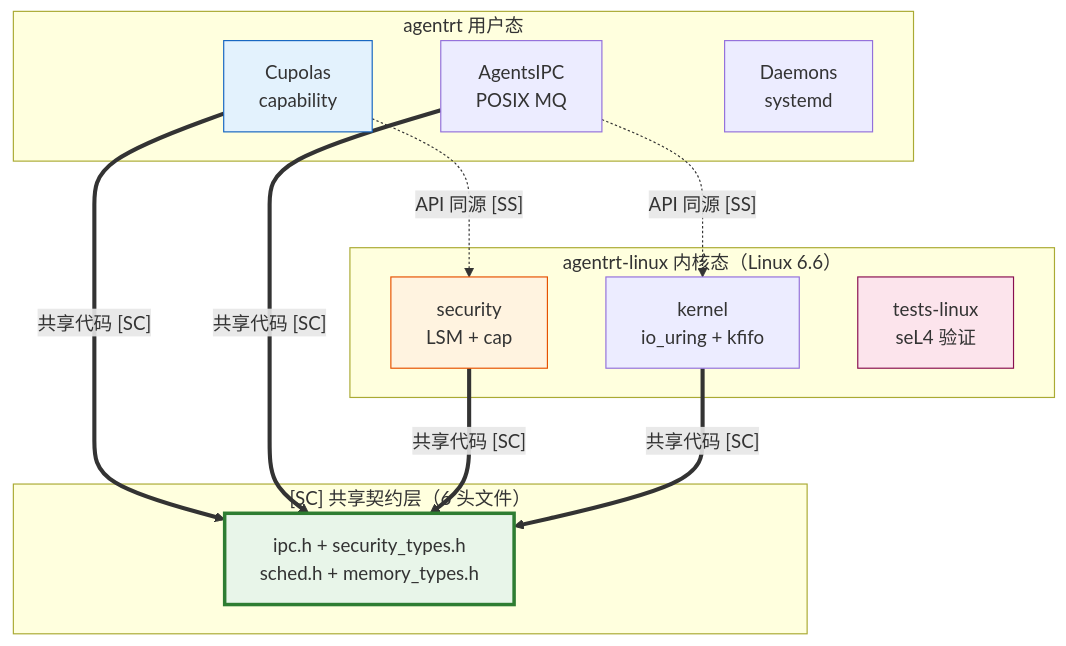
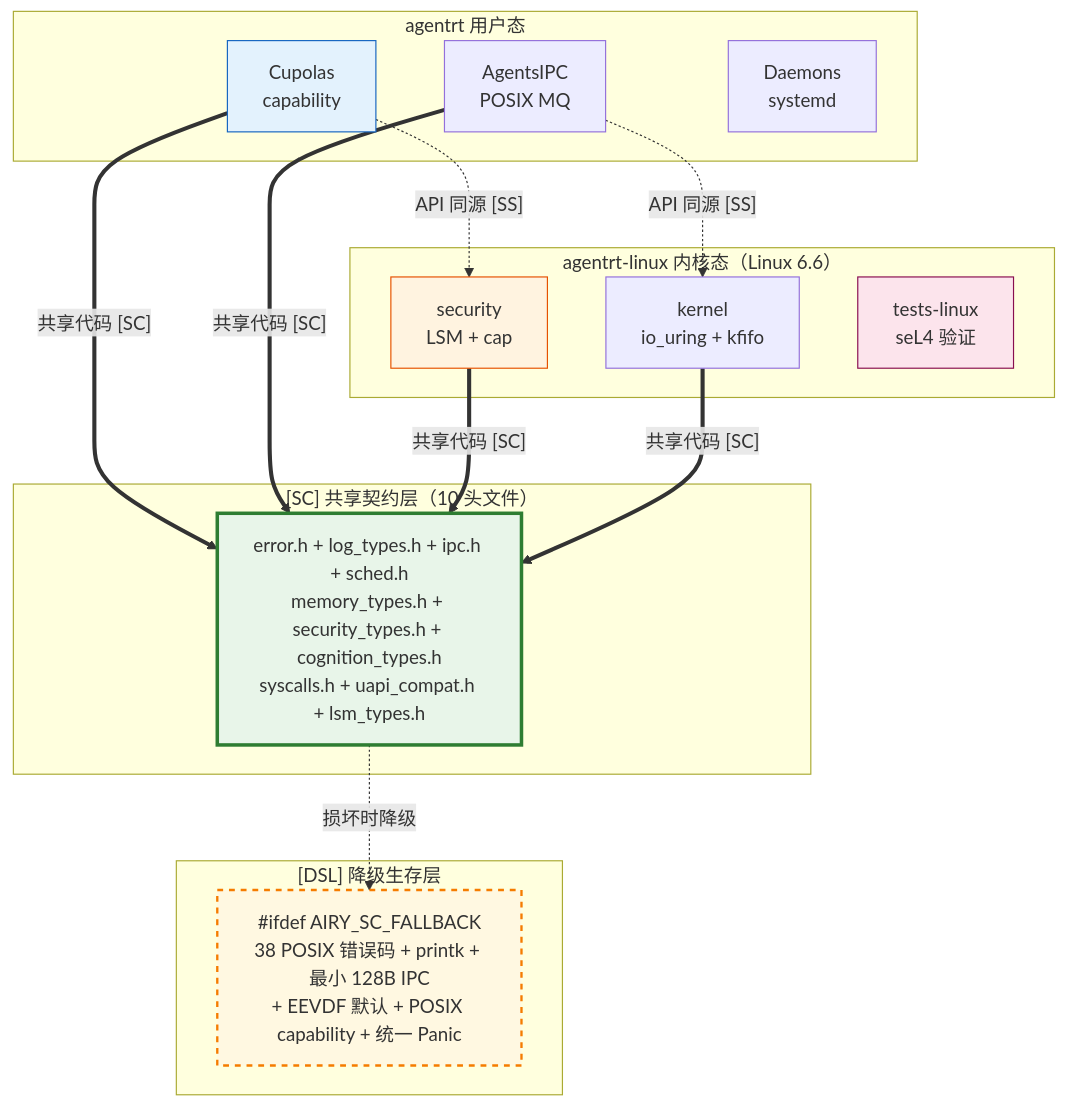
The diagram in AirymaxOS/10-architecture/03-microkernel-strategy.md (openairymax/docs), drawn with Mermaid before and after one commit. The commit also changed other lines of this file and 71 other files, not shown here.

````diff
--- a/AirymaxOS/10-architecture/03-microkernel-strategy.md
+++ b/AirymaxOS/10-architecture/03-microkernel-strategy.md
@@ -629,30 +634,37 @@
 ```mermaid
 graph TB
     subgraph "agentrt 用户态"
         RT_CAP[Cupolas<br/>capability]
         RT_IPC[AgentsIPC<br/>POSIX MQ]
         RT_DAEMON[Daemons<br/>systemd]
     end
 
     subgraph "agentrt-linux 内核态（Linux 6.6）"
         OS_CAP[security<br/>LSM + cap]
         OS_IPC[kernel<br/>io_uring + kfifo]
         OS_FV[tests-linux<br/>seL4 验证]
     end
 
-    subgraph "[SC] 共享契约层（6 头文件）"
-        SC[ipc.h + security_types.h<br/>sched.h + memory_types.h]
+    subgraph "[SC] 共享契约层（10 头文件）"
+        SC[error.h + log_types.h + ipc.h + sched.h<br/>memory_types.h + security_types.h + cognition_types.h<br/>syscalls.h + uapi_compat.h + lsm_types.h]
+    end
+
+    subgraph "[DSL] 降级生存层"
+        DSL["#ifdef AIRY_SC_FALLBACK<br/>38 POSIX 错误码 + printk + 最小 128B IPC<br/>+ EEVDF 默认 + POSIX capability + 统一 Panic"]
     end
 
     RT_CAP -.->|"API 同源 [SS]"| OS_CAP
     RT_IPC -.->|"API 同源 [SS]"| OS_IPC
     RT_CAP ==>|"共享代码 [SC]"| SC
     RT_IPC ==>|"共享代码 [SC]"| SC
     OS_CAP ==>|"共享代码 [SC]"| SC
     OS_IPC ==>|"共享代码 [SC]"| SC
 
+    SC -.->|"损坏时降级"| DSL
+
     style SC fill:#e8f5e9,stroke:#2e7d32,stroke-width:3px
+    style DSL fill:#fff8e1,stroke:#f57c00,stroke-width:2px,stroke-dasharray: 5 5
     style RT_CAP fill:#e3f2fd,stroke:#1565c0
     style OS_CAP fill:#fff3e0,stroke:#e65100
     style OS_FV fill:#fce4ec,stroke:#880e4f
 ```
````
